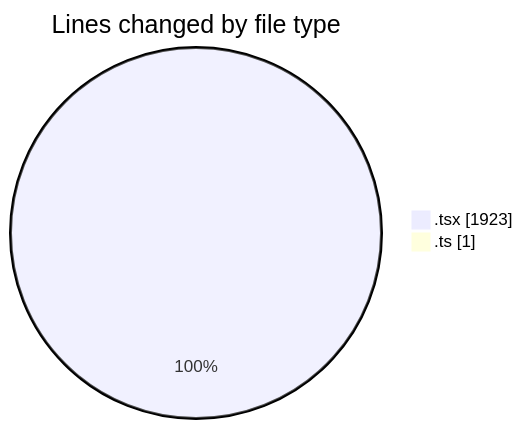
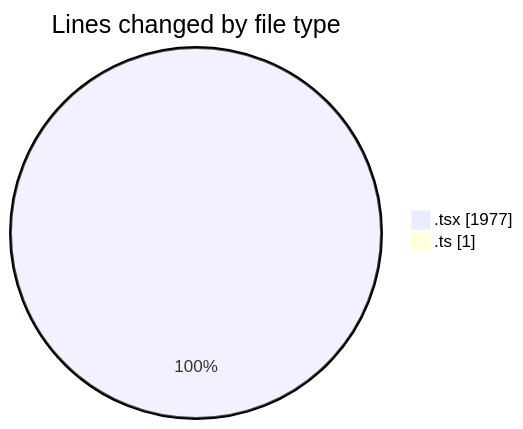
One commit to robertbonfada/code-tracking changed the first of 2 diagrams in 2025-03-08/mbc-web/README.md. Above: the diagram before and after it, drawn with Mermaid. The commit also changed other lines of this file and 1 other file, not shown here.

````diff
--- a/2025-03-08/mbc-web/README.md
+++ b/2025-03-08/mbc-web/README.md
@@ -28,6 +29,6 @@
 ```mermaid
 pie showData
 title Lines changed by file type
-".tsx" : 1923
+".tsx" : 1977
 ".ts" : 1
 ```
````
